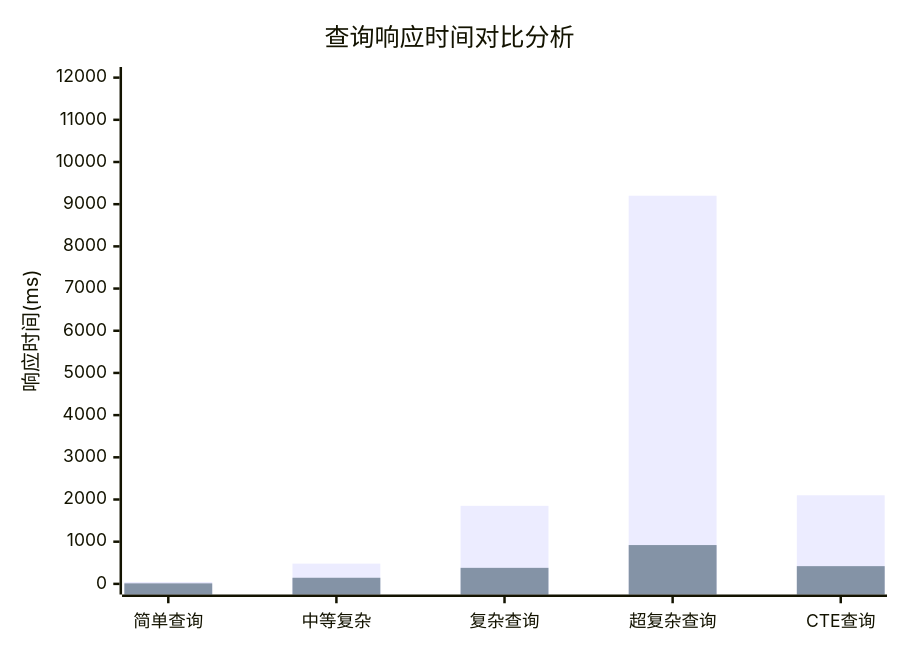
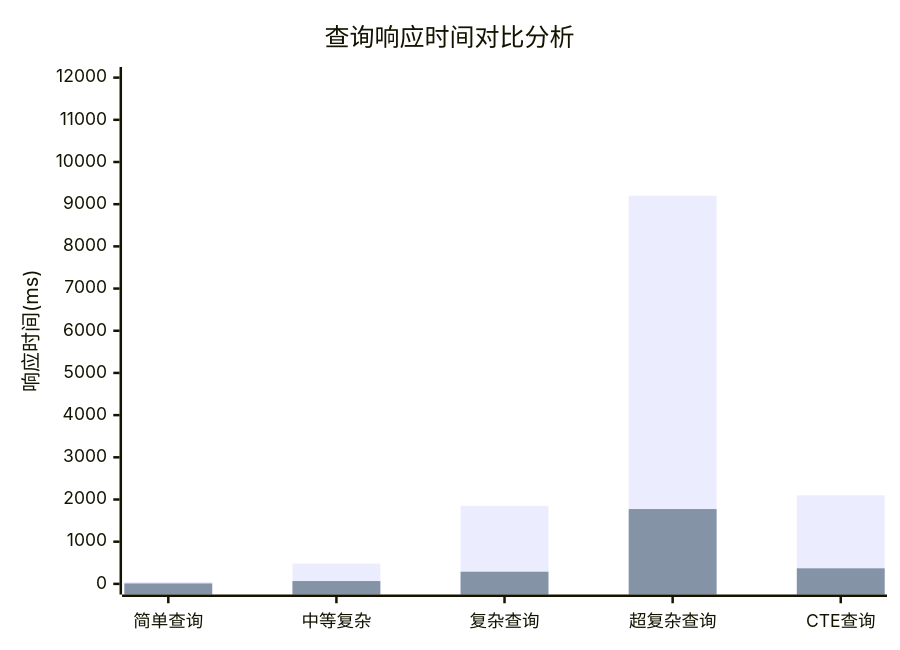
One commit to crazypenguincode/duckdb changed the third of 25 diagrams in md_update/第五章-实验与分析.md. Above: the diagram before and after it, drawn with Mermaid. The commit also changed other lines of this file and 3 other files, not shown here.

````diff
--- a/md_update/第五章-实验与分析.md
+++ b/md_update/第五章-实验与分析.md
@@ -158,8 +158,8 @@
 ```mermaid
 xychart-beta
     title "查询响应时间对比分析"
     x-axis ["简单查询", "中等复杂", "复杂查询", "超复杂查询", "CTE查询"]
     y-axis "响应时间(ms)" 0 --> 12000
     bar [45, 480, 1850, 9200, 2100]
-    bar [12, 145, 380, 920, 420]
+    bar [10.1, 66.6, 287.9, 1773.2, 368.7]
 ```
````
